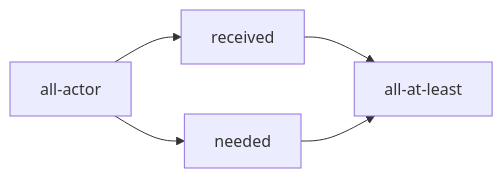
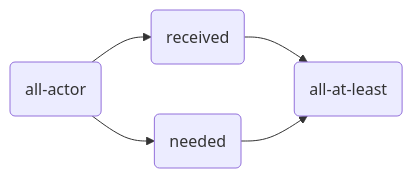
One commit to julianmendez/tiles changed the second of 2 diagrams in docs/README.md. Above: the diagram before and after it, drawn with Mermaid. The commit also changed other lines of this file and 2 other files, not shown here.

````diff
--- a/docs/README.md
+++ b/docs/README.md
@@ -53,7 +53,7 @@
 ```mermaid
-graph LR;
-all-actor --> received;
-all-actor --> needed;
-received --> all-at-least;
-needed -->  all-at-least;
+graph LR
+  all-actor(all-actor) --> received
+  all-actor --> needed
+  received(received) --> all-at-least(all-at-least)
+  needed(needed) -->  all-at-least
 ```
````
